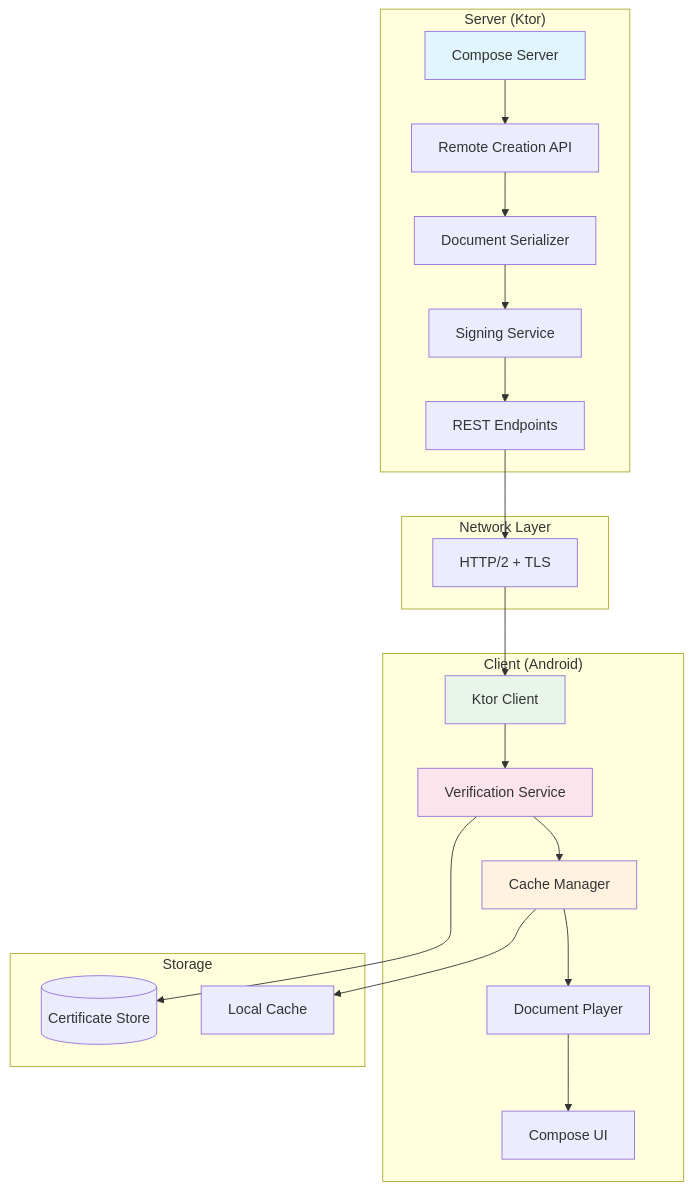
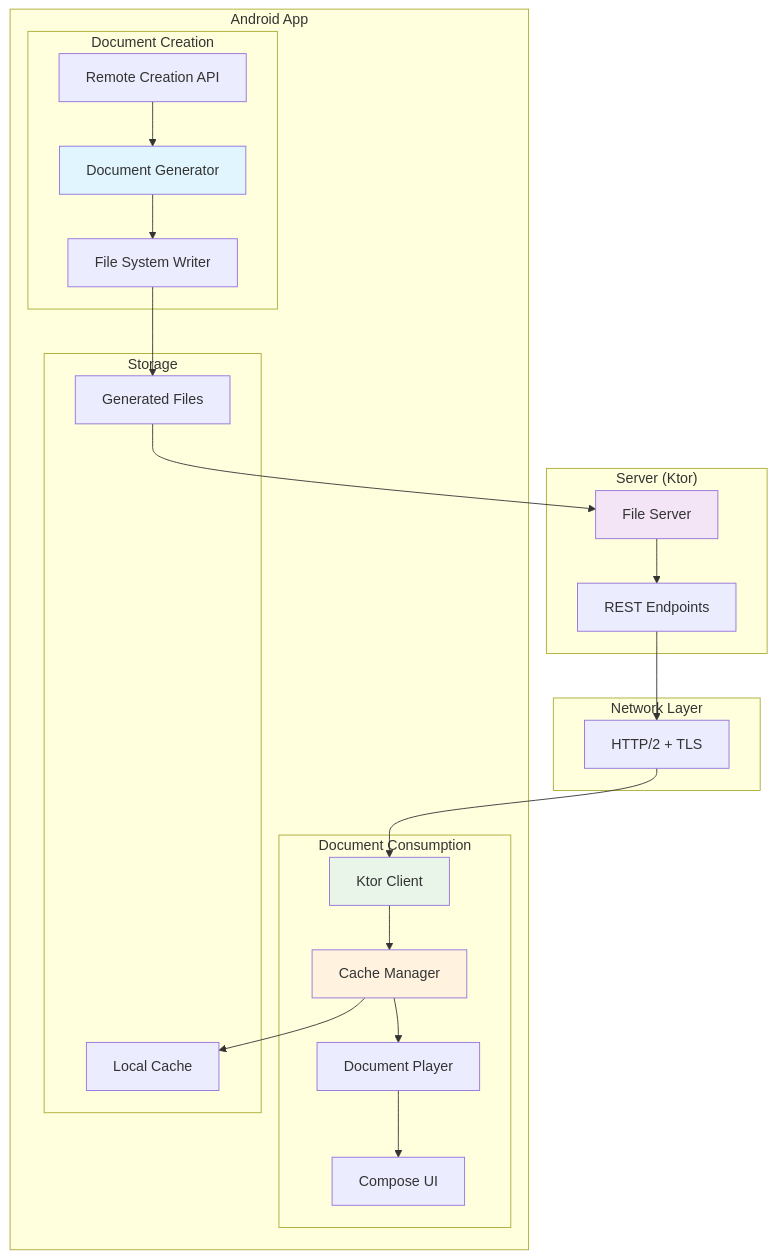
The diagram in .kiro/specs/remote-compose-playground/design.md (ghasemdev/remote-compose), drawn with Mermaid before and after one commit. The commit also changed other lines of this file and 12 other files, not shown here.

````diff
--- a/.kiro/specs/remote-compose-playground/design.md
+++ b/.kiro/specs/remote-compose-playground/design.md
@@ -20,45 +20,48 @@
 ```mermaid
 graph TB
+    subgraph "Android App"
+        subgraph "Document Creation"
+            RCA[Remote Creation API]
+            DG[Document Generator]
+            FS[File System Writer]
+        end
+        
+        subgraph "Document Consumption"
+            KC[Ktor Client]
+            CM[Cache Manager]
+            DP[Document Player]
+            UI[Compose UI]
+        end
+        
+        subgraph "Storage"
+            LC[Local Cache]
+            GF[Generated Files]
+        end
+    end
+    
     subgraph "Server (Ktor)"
-        CS[Compose Server]
-        RCA[Remote Creation API]
-        DS[Document Serializer]
-        SS[Signing Service]
+        FS_SERVER[File Server]
         EP[REST Endpoints]
     end
     
     subgraph "Network Layer"
         HTTP[HTTP/2 + TLS]
     end
     
-    subgraph "Client (Android)"
-        KC[Ktor Client]
-        VS[Verification Service]
-        CM[Cache Manager]
-        DP[Document Player]
-        UI[Compose UI]
-    end
-    
-    subgraph "Storage"
-        LC[Local Cache]
-        CS_DB[(Certificate Store)]
-    end
-    
-    CS --> RCA
-    RCA --> DS
-    DS --> SS
-    SS --> EP
+    RCA --> DG
+    DG --> FS
+    FS --> GF
+    GF --> FS_SERVER
+    FS_SERVER --> EP
     EP --> HTTP
     HTTP --> KC
-    KC --> VS
-    VS --> CM
+    KC --> CM
     CM --> DP
     DP --> UI
     CM --> LC
-    VS --> CS_DB
     
-    style CS fill:#e1f5fe
+    style DG fill:#e1f5fe
     style KC fill:#e8f5e8
     style CM fill:#fff3e0
-    style VS fill:#fce4ec
+    style FS_SERVER fill:#f3e5f5
 ```
````
